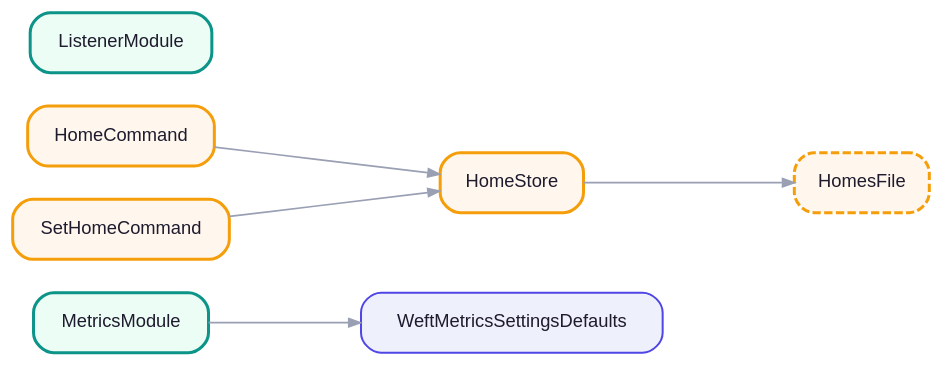
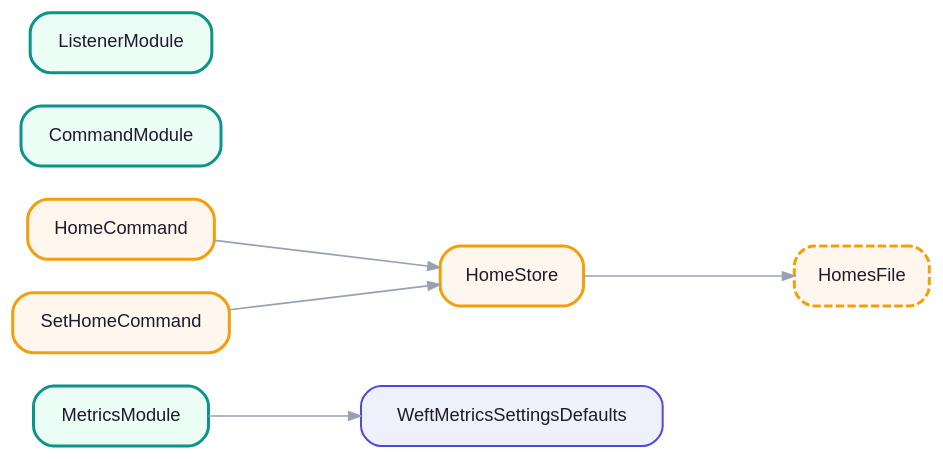
One commit to weftkit/weftkit changed the diagram in docs/docs/assets/diagrams/weftkit-graph.dot. Above: the diagram before and after it, drawn with Graphviz. The commit also changed 20 other files, not shown here.

Commit message:
feat(bukkit): make metrics opt-in and add plugin charts API

```diff
--- a/docs/docs/assets/diagrams/weftkit-graph.dot
+++ b/docs/docs/assets/diagrams/weftkit-graph.dot
@@ -1,17 +1,18 @@
 digraph weftkit {
     rankdir=LR;
     graph [ranksep=1.1, nodesep=0.28, splines=spline, concentrate=true, bgcolor=transparent];
     node [shape=box, style="rounded,filled", fontname="Helvetica", fontsize=11, margin="0.16,0.08", color="#4F46E5", fillcolor="#EEF0FB", fontcolor="#1E1B2E", penwidth=1.2];
     edge [color="#9AA0B4", arrowsize=0.7, penwidth=1.0];
     "org.weftkit.examples.homes.WeftMetricsSettingsDefaults" [label="WeftMetricsSettingsDefaults", tooltip="org.weftkit.examples.homes.WeftMetricsSettingsDefaults"];
     "org.weftkit.examples.homes.commands.HomeCommand" [label="HomeCommand", tooltip="org.weftkit.examples.homes.commands.HomeCommand", fillcolor="#FFF7ED", color="#F59E0B", penwidth=1.8];
     "org.weftkit.examples.homes.commands.SetHomeCommand" [label="SetHomeCommand", tooltip="org.weftkit.examples.homes.commands.SetHomeCommand", fillcolor="#FFF7ED", color="#F59E0B", penwidth=1.8];
     "org.weftkit.examples.homes.storage.HomeStore" [label="HomeStore", tooltip="org.weftkit.examples.homes.storage.HomeStore", fillcolor="#FFF7ED", color="#F59E0B", penwidth=1.8];
     "org.weftkit.examples.homes.storage.HomesFile" [label="HomesFile", tooltip="org.weftkit.examples.homes.storage.HomesFile", fillcolor="#FFF7ED", color="#F59E0B", penwidth=1.8, style="rounded,filled,dashed"];
+    "org.weftkit.wiring.bukkit.commands.CommandModule" [label="CommandModule", tooltip="org.weftkit.wiring.bukkit.commands.CommandModule (module)", fillcolor="#ECFDF5", color="#0D9488", penwidth=1.8];
     "org.weftkit.wiring.bukkit.listeners.ListenerModule" [label="ListenerModule", tooltip="org.weftkit.wiring.bukkit.listeners.ListenerModule (module)", fillcolor="#ECFDF5", color="#0D9488", penwidth=1.8];
     "org.weftkit.wiring.bukkit.metrics.MetricsModule" [label="MetricsModule", tooltip="org.weftkit.wiring.bukkit.metrics.MetricsModule (module)", fillcolor="#ECFDF5", color="#0D9488", penwidth=1.8];
     "org.weftkit.examples.homes.commands.HomeCommand" -> "org.weftkit.examples.homes.storage.HomeStore";
     "org.weftkit.examples.homes.commands.SetHomeCommand" -> "org.weftkit.examples.homes.storage.HomeStore";
     "org.weftkit.examples.homes.storage.HomeStore" -> "org.weftkit.examples.homes.storage.HomesFile";
     "org.weftkit.wiring.bukkit.metrics.MetricsModule" -> "org.weftkit.examples.homes.WeftMetricsSettingsDefaults";
 }
```
